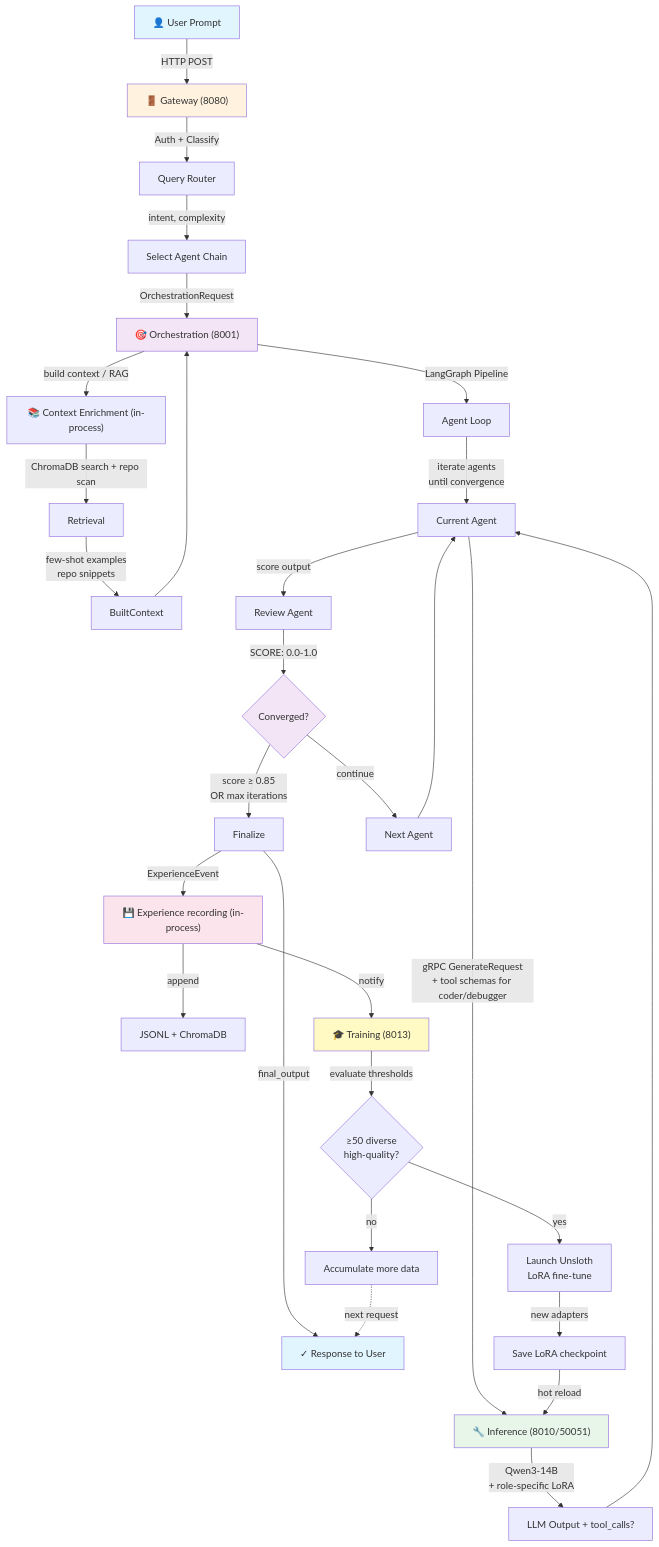
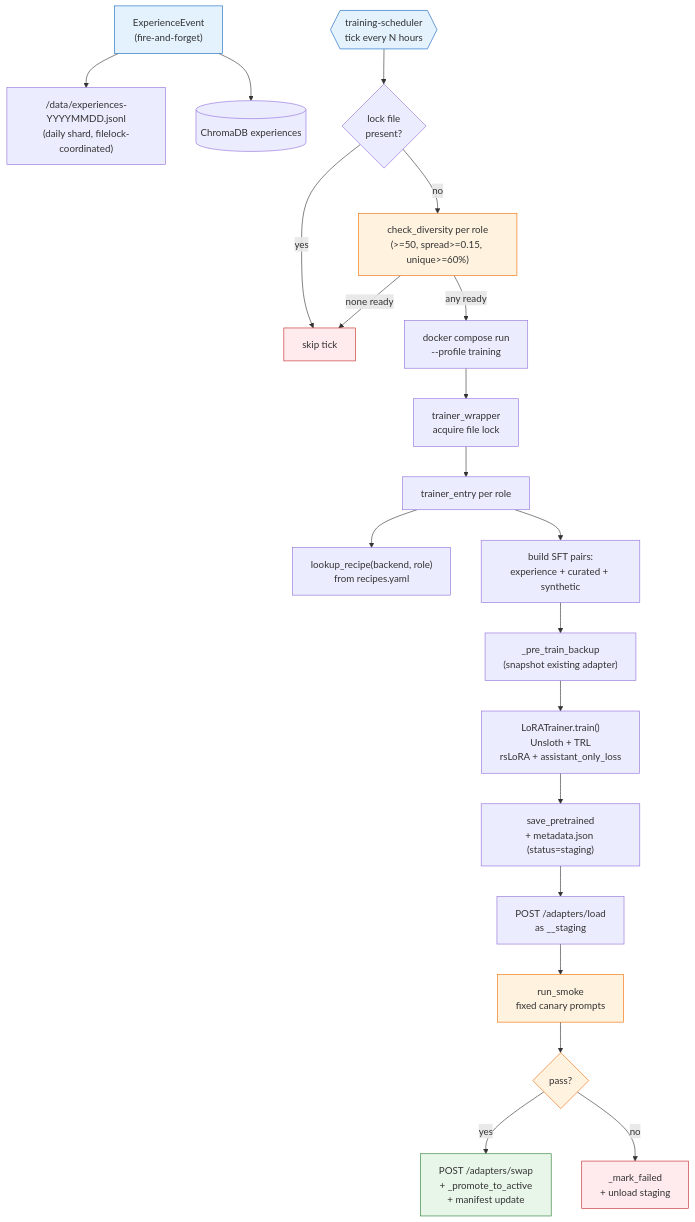
The fifth of 7 diagrams in ARCHITECTURE.md (plugtheo/idlepods_ai), drawn with Mermaid before and after one commit. The commit also changed other lines of this file and 30 other files, not shown here.

````diff
--- a/ARCHITECTURE.md
+++ b/ARCHITECTURE.md
@@ -5,48 +197,34 @@
 ```mermaid
-graph TD
-    A["👤 User Prompt"] -->|HTTP POST| B["🚪 Gateway (8080)"]
-    
-    B -->|Auth + Classify| C["Query Router"]
-    C -->|intent, complexity| D["Select Agent Chain"]
-    D -->|OrchestrationRequest| E["🎯 Orchestration (8001)"]
-    
-    E -->|build context / RAG| F["📚 Context Enrichment (in-process)"]
-    F -->|ChromaDB search + repo scan| G["Retrieval"]
-    G -->|few-shot examples<br/>repo snippets| H["BuiltContext"]
-    H --> E
-    
-    E -->|LangGraph Pipeline| I["Agent Loop"]
-    I -->|iterate agents<br/>until convergence| J["Current Agent"]
-    J -->|gRPC GenerateRequest<br/>+ tool schemas for coder/debugger| K["🔧 Inference (8010/50051)"]
-    K -->|Qwen3-14B<br/>+ role-specific LoRA| L["LLM Output + tool_calls?"]
-    L --> J
-    
-    J -->|score output| M["Review Agent"]
-    M -->|SCORE: 0.0-1.0| N{Converged?}
-    N -->|score ≥ 0.85<br/>OR max iterations| O["Finalize"]
-    N -->|continue| P["Next Agent"]
-    P --> J
-    O -->|final_output| Q["✓ Response to User"]
-    
-    O -->|ExperienceEvent| R["💾 Experience recording (in-process)"]
-    R -->|append| S["JSONL + ChromaDB"]
-    R -->|notify| T["🎓 Training (8013)"]
-    
-    T -->|evaluate thresholds| U{≥50 diverse<br/>high-quality?}
-    U -->|yes| V["Launch Unsloth<br/>LoRA fine-tune"]
-    U -->|no| W["Accumulate more data"]
-    
-    V -->|new adapters| X["Save LoRA checkpoint"]
-    X -->|hot reload| K
-    
-    W -.->|next request| Q
-    
-    style A fill:#e1f5ff
-    style Q fill:#e1f5ff
-    style B fill:#fff3e0
-    style E fill:#f3e5f5
-    style K fill:#e8f5e9
-    style R fill:#fce4ec
-    style T fill:#fff9c4
-    style N fill:#f3e5f5
+flowchart TD
+    EV["ExperienceEvent<br/>(fire-and-forget)"] --> JSONL["/data/experiences-YYYYMMDD.jsonl<br/>(daily shard, filelock-coordinated)"]
+    EV --> CHROMA[(ChromaDB experiences)]
+
+    SCHED{{"training-scheduler<br/>tick every N hours"}}
+    SCHED --> LOCK{"lock file<br/>present?"}
+    LOCK -->|yes| SKIP["skip tick"]
+    LOCK -->|no| DIV["check_diversity per role<br/>(>=50, spread>=0.15, unique>=60%)"]
+    DIV -->|none ready| SKIP
+    DIV -->|any ready| LAUNCH["docker compose run<br/>--profile training"]
+
+    LAUNCH --> WRAP["trainer_wrapper<br/>acquire file lock"]
+    WRAP --> ENTRY["trainer_entry per role"]
+    ENTRY --> RECIPE["lookup_recipe(backend, role)<br/>from recipes.yaml"]
+    ENTRY --> SFT["build SFT pairs:<br/>experience + curated + synthetic"]
+    SFT --> BACKUP["_pre_train_backup<br/>(snapshot existing adapter)"]
+    BACKUP --> TRAIN["LoRATrainer.train()<br/>Unsloth + TRL<br/>rsLoRA + assistant_only_loss"]
+    TRAIN --> SAVE["save_pretrained<br/>+ metadata.json (status=staging)"]
+    SAVE --> STAGE["POST /adapters/load<br/>as <adapter>__staging"]
+    STAGE --> SMOKE["run_smoke<br/>fixed canary prompts"]
+    SMOKE --> PASS{pass?}
+    PASS -->|yes| SWAP["POST /adapters/swap<br/>+ _promote_to_active<br/>+ manifest update"]
+    PASS -->|no| FAIL["_mark_failed<br/>+ unload staging"]
+
+    classDef start fill:#e3f2fd,stroke:#1565c0
+    classDef good fill:#e8f5e9,stroke:#2e7d32
+    classDef bad fill:#ffebee,stroke:#c62828
+    classDef neutral fill:#fff3e0,stroke:#ef6c00
+    class EV,SCHED start
+    class SWAP good
+    class FAIL,SKIP bad
+    class DIV,SMOKE,PASS neutral
 ```
````
